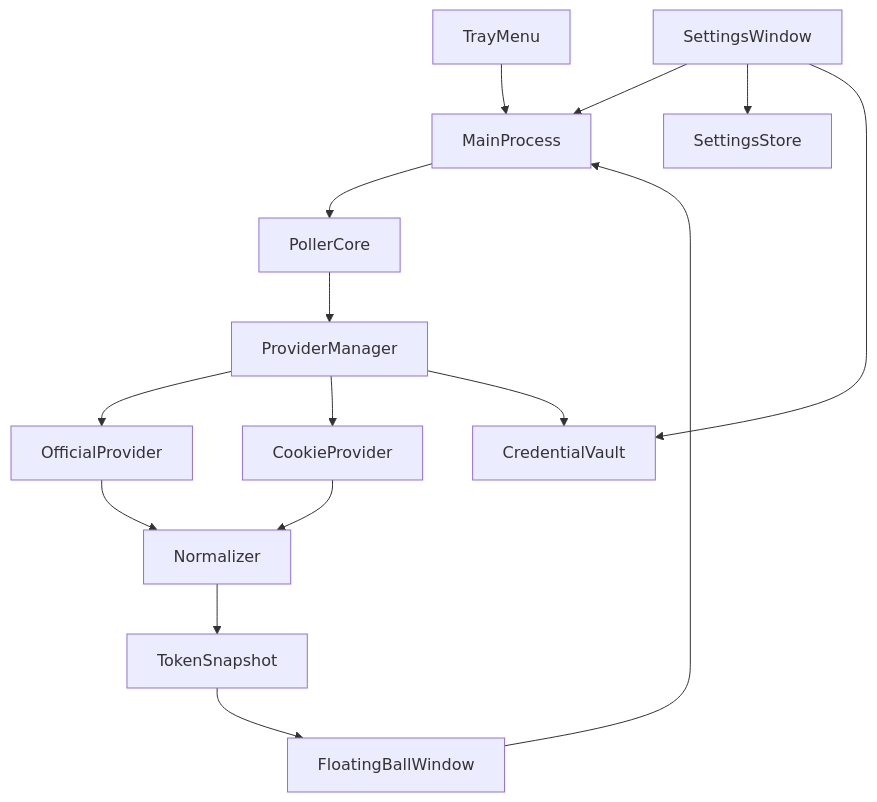
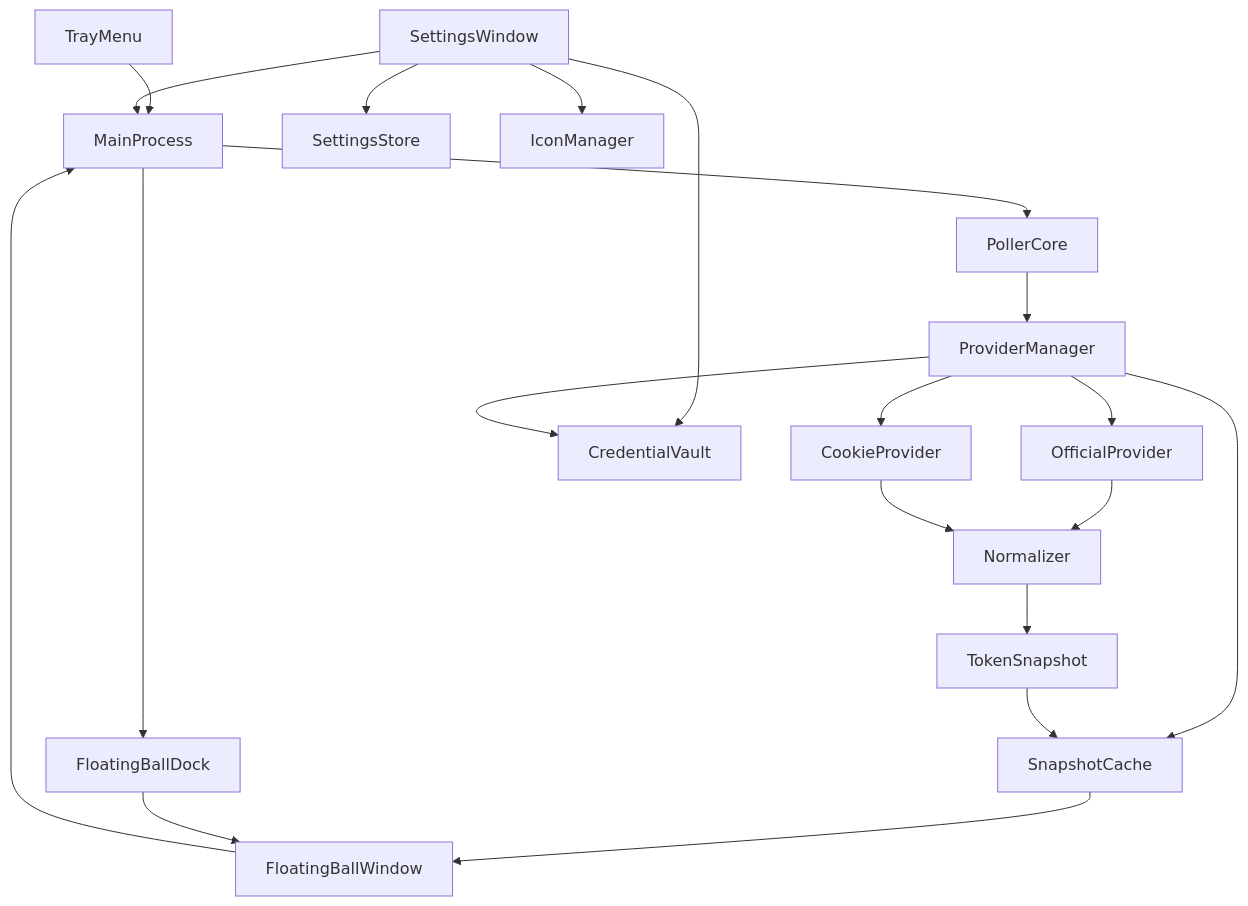
Before and after one commit to awaker1996/cursor_monitor: the diagram in README.md, drawn with Mermaid. The commit also changed other lines of this file and 15 other files, not shown here.

````diff
--- a/README.md
+++ b/README.md
@@ -168,17 +188,22 @@
 ```mermaid
 flowchart TD
     trayMenu[TrayMenu] --> mainProcess[MainProcess]
     floatingBall[FloatingBallWindow] --> mainProcess
     settingsWindow[SettingsWindow] --> mainProcess
     mainProcess --> pollerCore[PollerCore]
     pollerCore --> providerManager[ProviderManager]
     providerManager --> officialProvider[OfficialProvider]
     providerManager --> cookieProvider[CookieProvider]
+    providerManager --> snapshotCache[SnapshotCache]
     officialProvider --> normalizer[Normalizer]
     cookieProvider --> normalizer
     normalizer --> tokenSnapshot[TokenSnapshot]
-    tokenSnapshot --> floatingBall
+    tokenSnapshot --> snapshotCache
+    snapshotCache --> floatingBall
+    mainProcess --> floatingBallDock[FloatingBallDock]
+    floatingBallDock --> floatingBall
     settingsWindow --> settingsStore[SettingsStore]
     settingsWindow --> credentialVault[CredentialVault]
+    settingsWindow --> iconManager[IconManager]
     providerManager --> credentialVault
 ```
````
